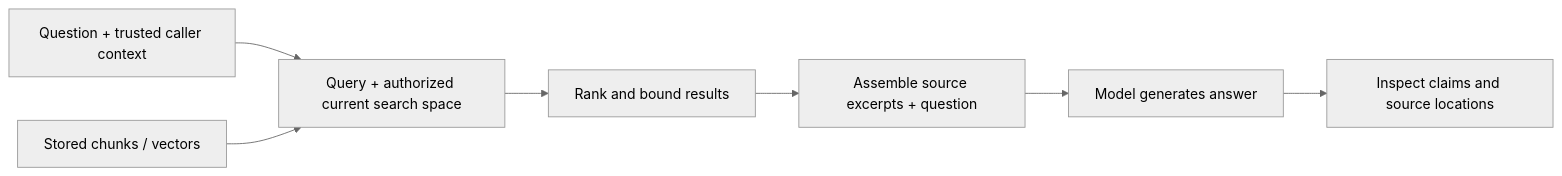
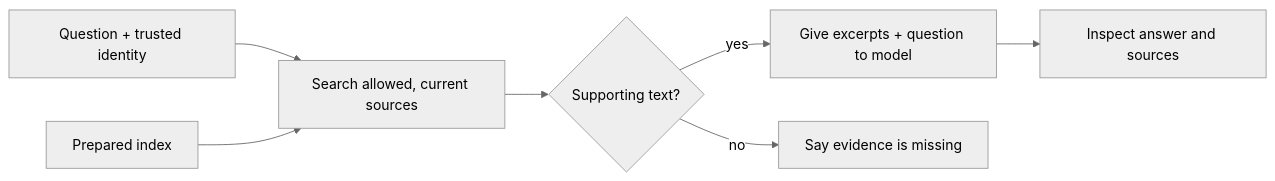
The second of 2 diagrams in module-3/README.md (TrainWithShubham/agentic-ai-for-devops), drawn with Mermaid (neutral theme) before and after one commit. The commit also changed other lines of this file and 28 other files, not shown here.

````diff
--- a/module-3/README.md
+++ b/module-3/README.md
@@ -19,9 +24,9 @@
 ```mermaid
 flowchart LR
-    Question[Question + trusted caller context] --> Search[Query + authorized current search space]
-    Index[Stored chunks / vectors] --> Search
-    Search --> Rank[Rank and bound results]
-    Rank --> Context[Assemble source excerpts + question]
-    Context --> LLM[Model generates answer]
-    LLM --> Inspect[Inspect claims and source locations]
+    Question[Question + trusted identity] --> Search[Search allowed, current sources]
+    Index[Prepared index] --> Search
+    Search --> Found{Supporting text?}
+    Found -->|yes| Context[Give excerpts + question to model]
+    Context --> Answer[Inspect answer and sources]
+    Found -->|no| Missing[Say evidence is missing]
 ```
````
